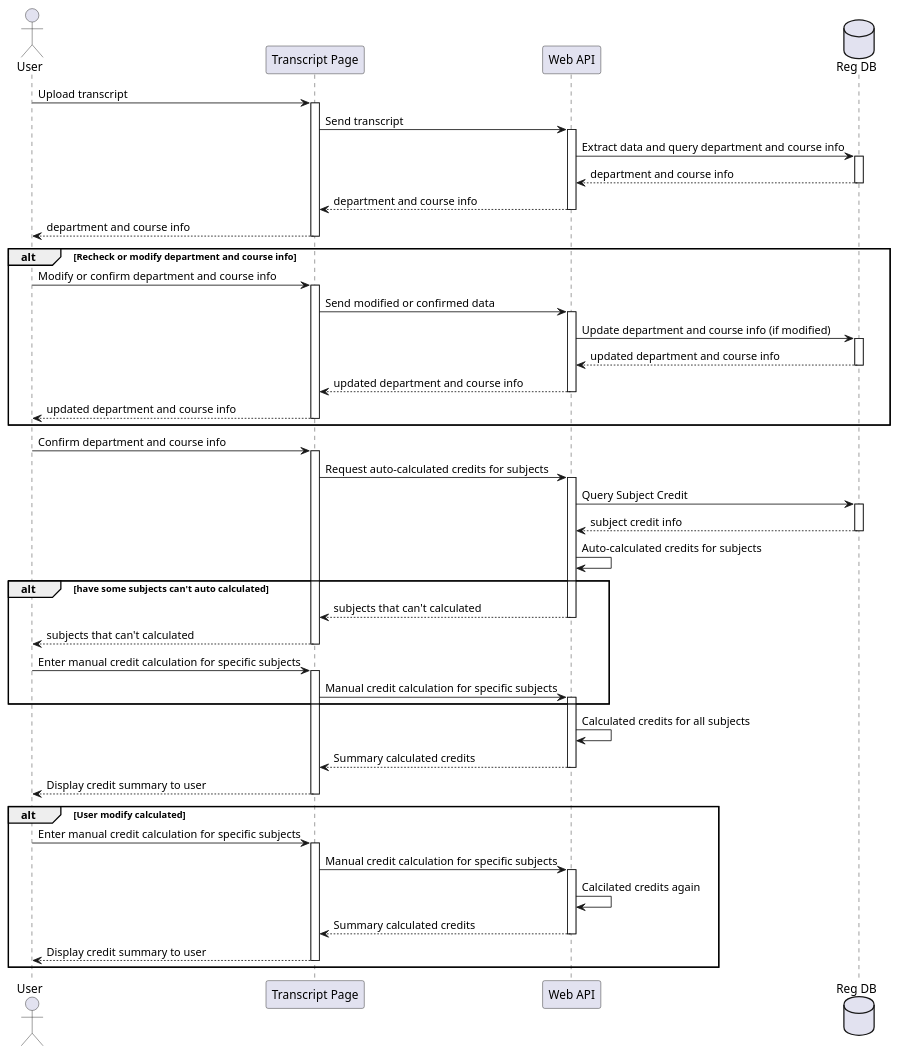
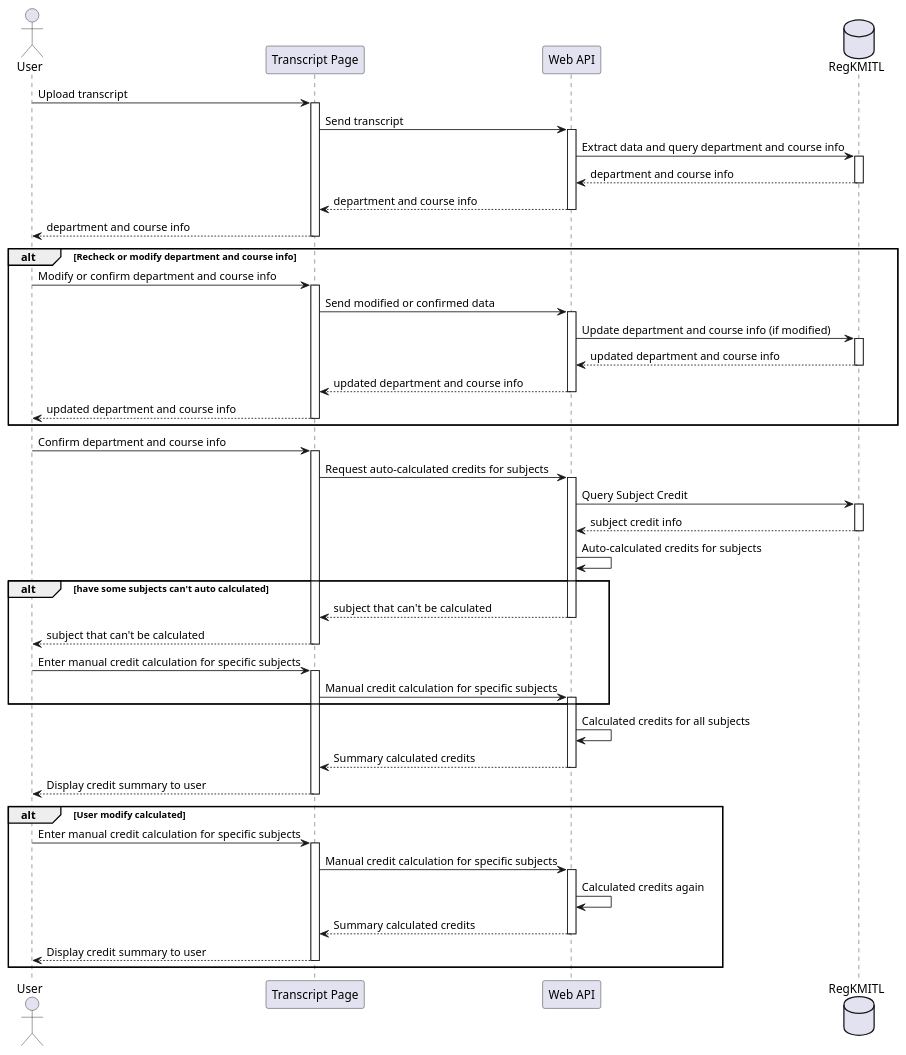
Before and after one commit to u-credit/solution: the diagram in diagram/transcript-page-sequence.plantuml, drawn with PlantUML. The commit also changed 1 other file, not shown here.

```diff
--- a/diagram/transcript-page-sequence.plantuml
+++ b/diagram/transcript-page-sequence.plantuml
@@ -1,59 +1,59 @@
 @startuml Transcript Page
 
 actor User
 participant "Transcript Page" as Frontend
 participant "Web API" as API
-database "Reg DB" as Reg
+database "RegKMITL" as Reg
 
 ' return department and course info
 ' return department and course info
 ' return department and course info
 
 ' alt Modify department and course
 '     User -> Frontend ++ : Send modified data (if any)
 '     return department and course info
 ' end
 
 User -> Frontend ++ : Upload transcript
 Frontend -> API ++ : Send transcript
 API -> Reg ++ : Extract data and query department and course info
 return department and course info
 return department and course info
 return department and course info
 
 alt Recheck or modify department and course info
     User -> Frontend ++ : Modify or confirm department and course info
     Frontend -> API ++ : Send modified or confirmed data
     API -> Reg ++ : Update department and course info (if modified)
     return updated department and course info
     return updated department and course info
     return updated department and course info
 end
 
 User -> Frontend ++ : Confirm department and course info
 
 Frontend -> API ++ : Request auto-calculated credits for subjects
 API -> Reg ++ : Query Subject Credit
 return subject credit info
 API -> API : Auto-calculated credits for subjects
 
 alt have some subjects can't auto calculated
-    return subjects that can't calculated
-    return subjects that can't calculated
+    return subject that can't be calculated
+    return subject that can't be calculated
     User -> Frontend ++ : Enter manual credit calculation for specific subjects
     Frontend -> API ++ : Manual credit calculation for specific subjects
 end
 
 API -> API : Calculated credits for all subjects
 return Summary calculated credits
 return Display credit summary to user
 
 alt User modify calculated
     User -> Frontend ++ : Enter manual credit calculation for specific subjects
     Frontend -> API ++ : Manual credit calculation for specific subjects
-    API -> API : Calcilated credits again
+    API -> API : Calculated credits again
     return Summary calculated credits
     return Display credit summary to user
 end
 
 @enduml
```
